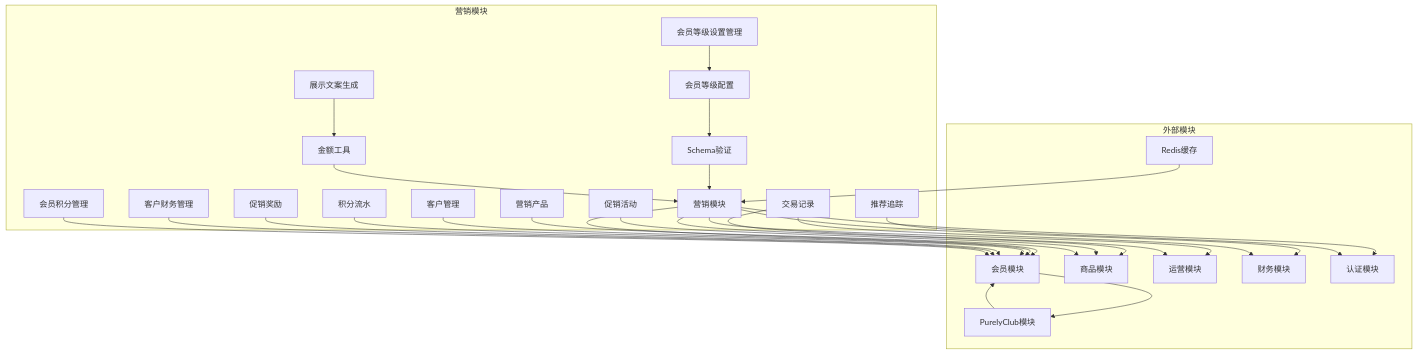
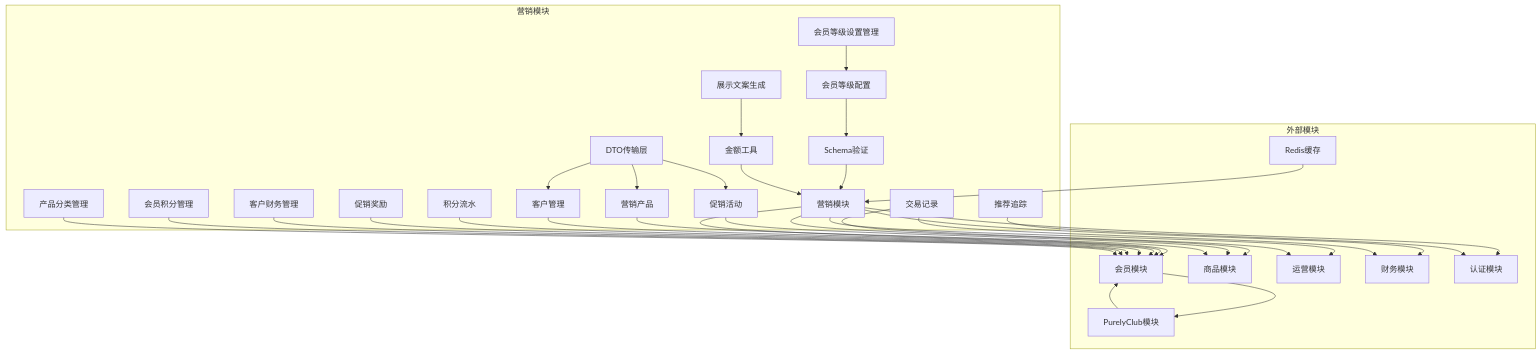
Before and after one commit to rc558620/purelyprofit-server: diagram 22 of 23 in .qoder/repowiki/zh/content/业务模块/营销推广模块/营销推广模块.md, drawn with Mermaid. The commit also changed other lines of this file and 11 other files, not shown here.

````diff
--- a/.qoder/repowiki/zh/content/业务模块/营销推广模块/营销推广模块.md
+++ b/.qoder/repowiki/zh/content/业务模块/营销推广模块/营销推广模块.md
@@ -1113,52 +1277,58 @@
 ```mermaid
 graph TB
 subgraph "营销模块"
 Marketing["营销模块"]
 Customers["客户管理"]
 Promotions["促销活动"]
 Products["营销产品"]
 Transactions["交易记录"]
 PointsRecords["积分流水"]
 Schemas["Schema验证"]
 MoneyUtils["金额工具"]
 PromoRewards["促销奖励"]
 ReferralTracking["推荐追踪"]
 MemberLevelConfig["会员等级配置"]
 MemberLevelSettings["会员等级设置管理"]
 CustomerFinance["客户财务管理"]
 CustomerPoints["会员积分管理"]
 DisplayText["展示文案生成"]
+ProductCategories["产品分类管理"]
+DTOLayer["DTO传输层"]
 end
 subgraph "外部模块"
 Member["会员模块"]
 Goods["商品模块"]
 Operations["运营模块"]
 Finance["财务模块"]
 Club["PurelyClub模块"]
 Redis["Redis缓存"]
 Auth["认证模块"]
 end
 Marketing --> Member
 Marketing --> Goods
 Marketing --> Operations
 Marketing --> Finance
 Marketing --> Auth
 Customers --> Member
 Promotions --> Goods
 Products --> Goods
 Transactions --> Operations
 Transactions --> Finance
 PointsRecords --> Member
 PromoRewards --> Member
 ReferralTracking --> Auth
 Member --> Club
 Club --> Member
 Redis --> Marketing
 Schemas --> Marketing
 MoneyUtils --> Marketing
 MemberLevelConfig --> Schemas
 MemberLevelSettings --> MemberLevelConfig
 CustomerFinance --> Member
 CustomerPoints --> Member
 DisplayText --> MoneyUtils
+ProductCategories --> Member
+DTOLayer --> Products
+DTOLayer --> Promotions
+DTOLayer --> Customers
 ```
````
